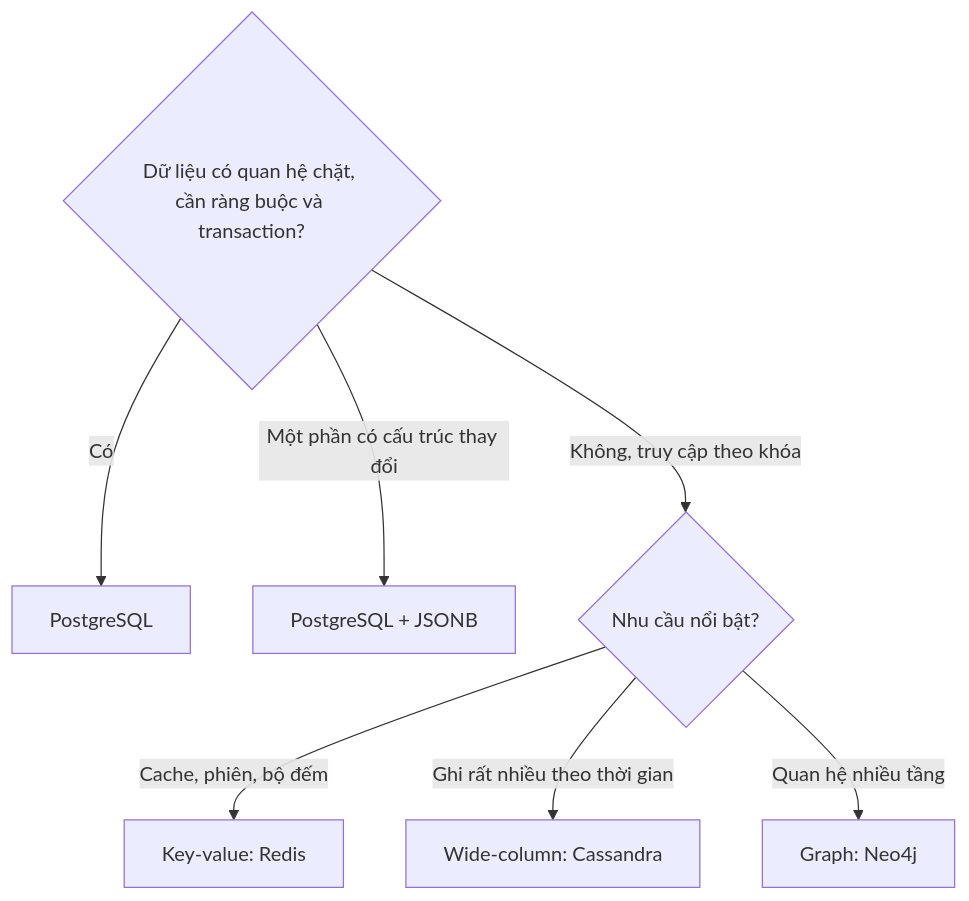
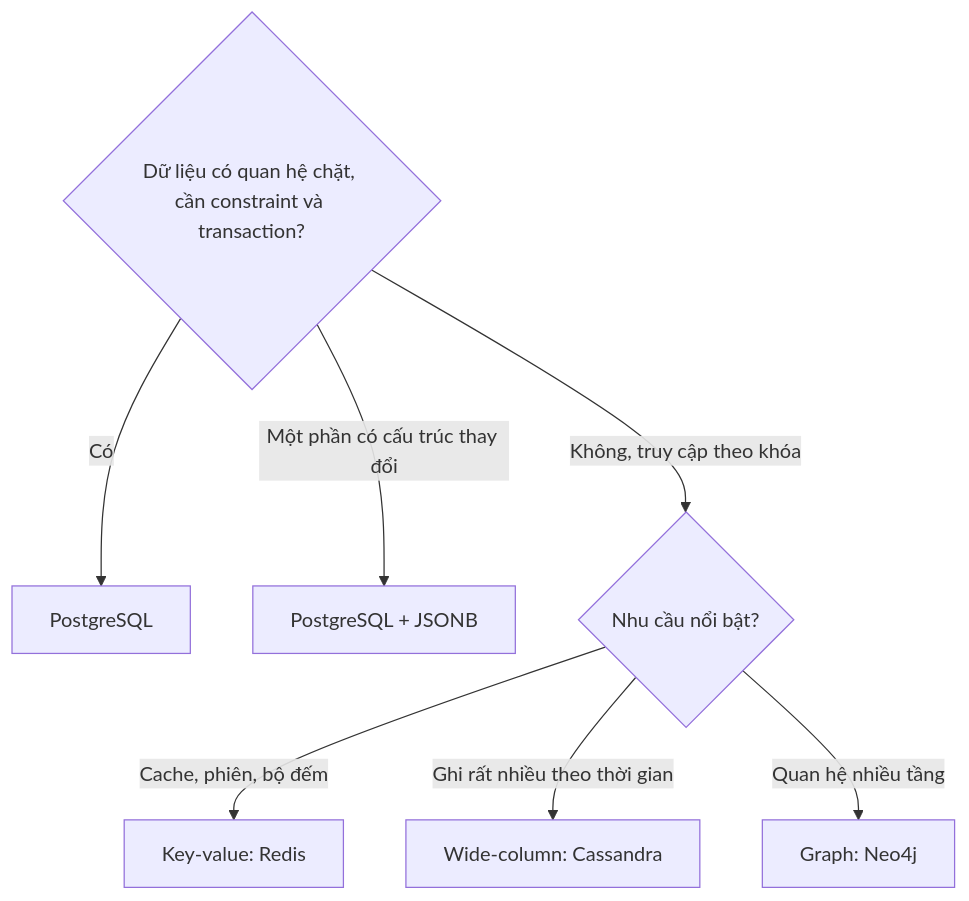
Before and after one commit to hcmute-dsc/learning-hub-content: the diagram in tracks/sql-30-days/modules/04-sql-in-practice/lessons/26-sql-nosql.md, drawn with Mermaid. The commit also changed other lines of this file and 96 other files, not shown here.

````diff
--- a/tracks/sql-30-days/modules/04-sql-in-practice/lessons/26-sql-nosql.md
+++ b/tracks/sql-30-days/modules/04-sql-in-practice/lessons/26-sql-nosql.md
@@ -165,9 +167,9 @@
 ```mermaid
 flowchart TD
-    A{"Dữ liệu có quan hệ chặt, cần ràng buộc và transaction?"} -->|"Có"| B["PostgreSQL"]
+    A{"Dữ liệu có quan hệ chặt, cần constraint và transaction?"} -->|"Có"| B["PostgreSQL"]
     A -->|"Một phần có cấu trúc thay đổi"| C["PostgreSQL + JSONB"]
     A -->|"Không, truy cập theo khóa"| D{"Nhu cầu nổi bật?"}
     D -->|"Cache, phiên, bộ đếm"| E["Key-value: Redis"]
     D -->|"Ghi rất nhiều theo thời gian"| F["Wide-column: Cassandra"]
     D -->|"Quan hệ nhiều tầng"| G["Graph: Neo4j"]
 ```
````
